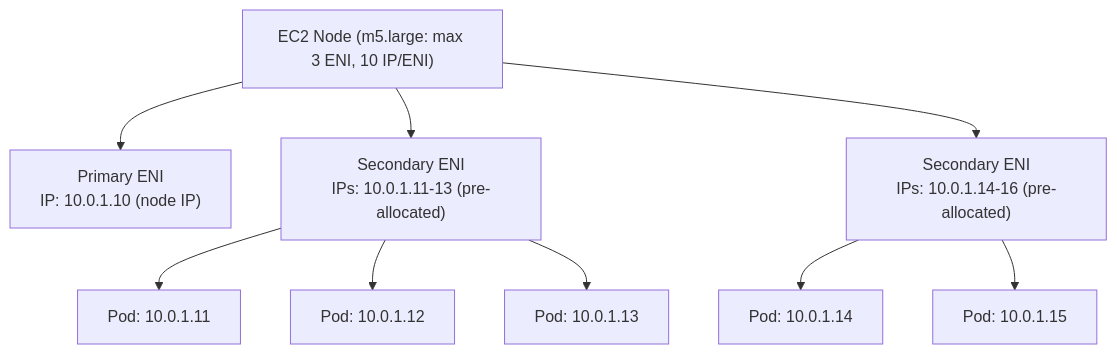
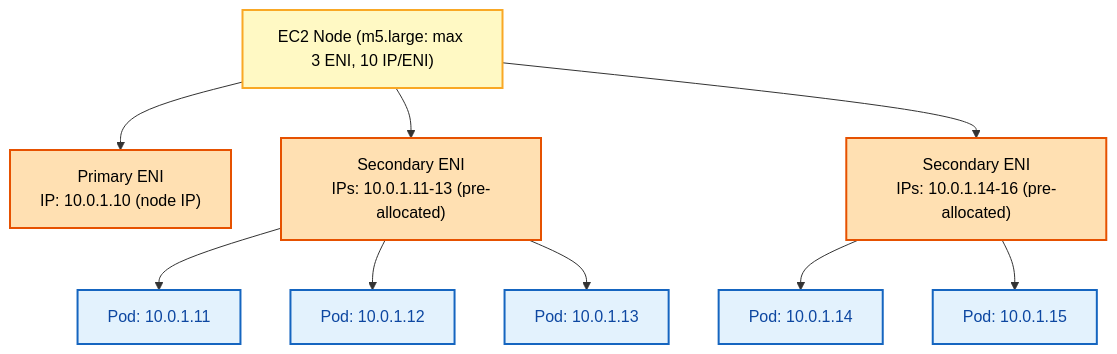
Before and after one commit to rakesh-budde/devops-guide: the seventh of 11 diagrams in aws/06-EKS-DEEP-DIVE.md, drawn with Mermaid. The commit also changed other lines of this file and 73 other files, not shown here.

````diff
--- a/aws/06-EKS-DEEP-DIVE.md
+++ b/aws/06-EKS-DEEP-DIVE.md
@@ -305,11 +482,21 @@
 ```mermaid
 graph TD
     Node["EC2 Node (m5.large: max 3 ENI, 10 IP/ENI)"]
     
     Node --> PrimaryENI["Primary ENI<br/>IP: 10.0.1.10 (node IP)"]
     Node --> SecENI1["Secondary ENI<br/>IPs: 10.0.1.11-13 (pre-allocated)"]
     Node --> SecENI2["Secondary ENI<br/>IPs: 10.0.1.14-16 (pre-allocated)"]
     
     SecENI1 --> Pod1["Pod: 10.0.1.11"] & Pod2["Pod: 10.0.1.12"] & Pod3["Pod: 10.0.1.13"]
     SecENI2 --> Pod4["Pod: 10.0.1.14"] & Pod5["Pod: 10.0.1.15"]
+
+    class Node proc
+    class PrimaryENI,SecENI1,SecENI2 store
+    class Pod1,Pod2,Pod3,Pod4,Pod5 start
+    classDef start fill:#e3f2fd,stroke:#1565c0,color:#0d47a1,stroke-width:2px;
+    classDef proc fill:#fff9c4,stroke:#f9a825,color:#000,stroke-width:2px;
+    classDef good fill:#c8e6c9,stroke:#2e7d32,color:#1b5e20,stroke-width:2px;
+    classDef bad fill:#ffcdd2,stroke:#c62828,color:#b71c1c,stroke-width:2px;
+    classDef ctrl fill:#e1bee7,stroke:#6a1b9a,color:#4a148c,stroke-width:2px;
+    classDef store fill:#ffe0b2,stroke:#e65100,color:#000,stroke-width:2px;
 ```
````
